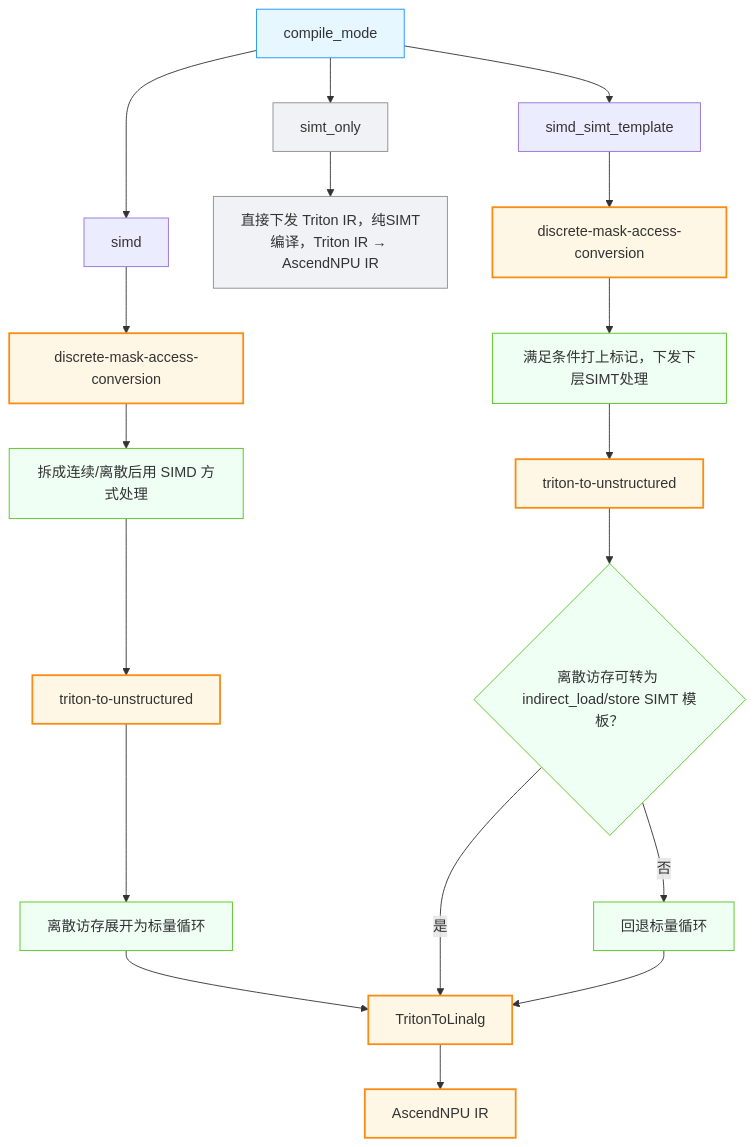
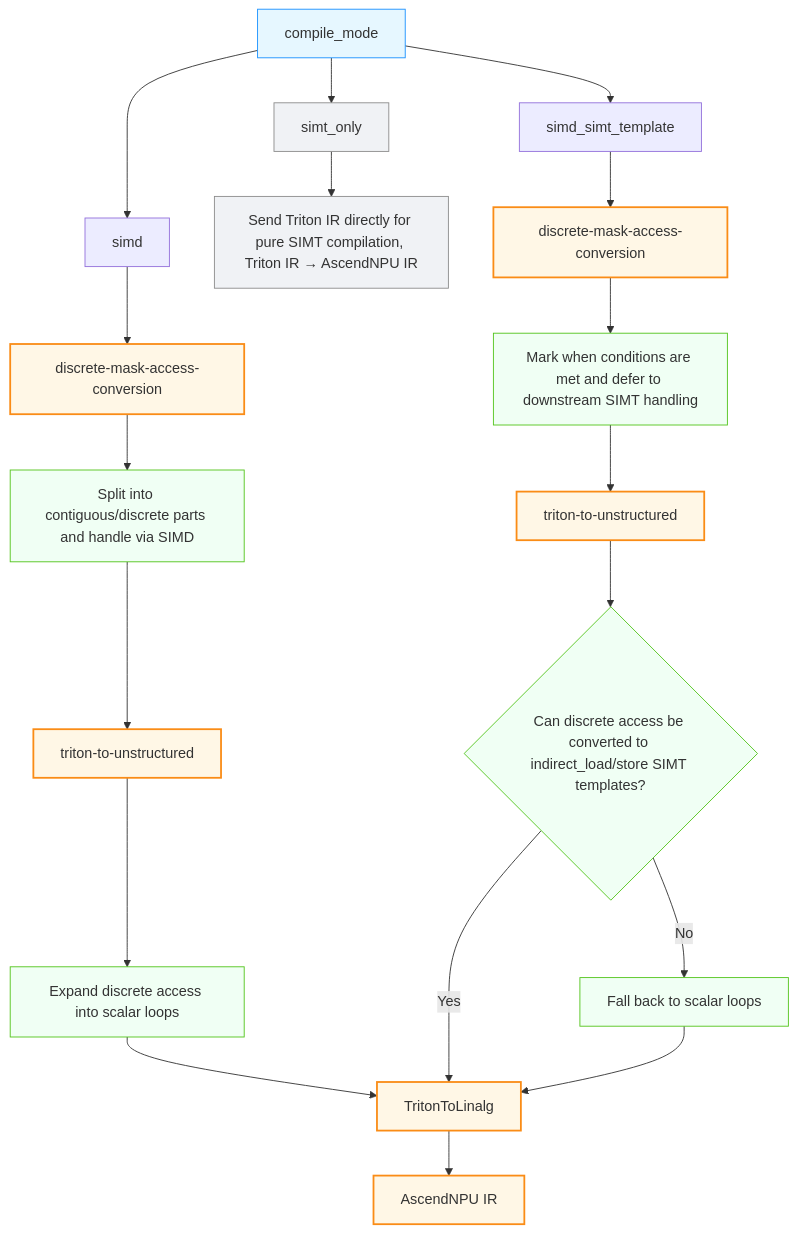
One commit to Geofeng12138/triton-ascend changed the diagram in docs/zh/architecture_design_and_core_features.md. Above: the diagram before and after it, drawn with Mermaid. The commit also changed other lines of this file and 110 other files, not shown here.

````diff
--- a/docs/zh/architecture_design_and_core_features.md
+++ b/docs/zh/architecture_design_and_core_features.md
@@ -246,38 +246,37 @@
 ```mermaid
 flowchart TD
     A[compile_mode] --> B["simd"]
     A --> C["simd_simt_template"]
     A --> D["simt_only"]
 
-    %% simt_only 分支
-    D --> D1[直接下发 Triton IR，纯SIMT编译，Triton IR → AscendNPU IR]
+    %% simt_only branch
+    D --> D1[Send Triton IR directly for pure SIMT compilation, Triton IR → AscendNPU IR]
 
-    %% simd 完整链路
+    %% simd full path
     B --> B1[discrete-mask-access-conversion]
-    B1 --> B2[拆成连续/离散后用 SIMD 方式处理]
+    B1 --> B2[Split into contiguous/discrete parts and handle via SIMD]
     B2 --> B3[triton-to-unstructured]
-    B3 --> B4[离散访存展开为标量循环]
+    B3 --> B4[Expand discrete access into scalar loops]
     B4 --> B5[TritonToLinalg]
     B5 --> B6[AscendNPU IR]
 
-    %% simd_simt_template 完整链路
+    %% simd_simt_template full pipeline
     C --> C1[discrete-mask-access-conversion]
-    C1 --> C2[满足条件打上标记，下发下层SIMT处理]
+    C1 --> C2[Mark when conditions are met and defer to downstream SIMT handling]
     C2 --> C3[triton-to-unstructured]
-    C3 --> C4{离散访存可转为 indirect_load/store SIMT 模板？}
-    C4 -- 是 --> B5
-    C4 -- 否 --> C5[回退标量循环]
+    C3 --> C4{Can discrete access be converted to indirect_load/store SIMT templates?}
+    C4 -- Yes --> B5
+    C4 -- No --> C5[Fall back to scalar loops]
     C5 --> B5
 
-    %% 样式定义
+    %% styling
     classDef root fill:#e6f7ff,stroke:#1890ff
     classDef pass fill:#fff7e6,stroke:#fa8c16,stroke-width:2px
     classDef logic fill:#f0fff4,stroke:#52c41a
     classDef simtOnly fill:#f0f2f5,stroke:#8c8c8c
 
-    %% 绑定样式
     class A root
     class B1,C1,B3,C3,B5,B6 pass
     class B2,B4,C2,C4,C5 logic
     class D,D1 simtOnly
 ```
````
